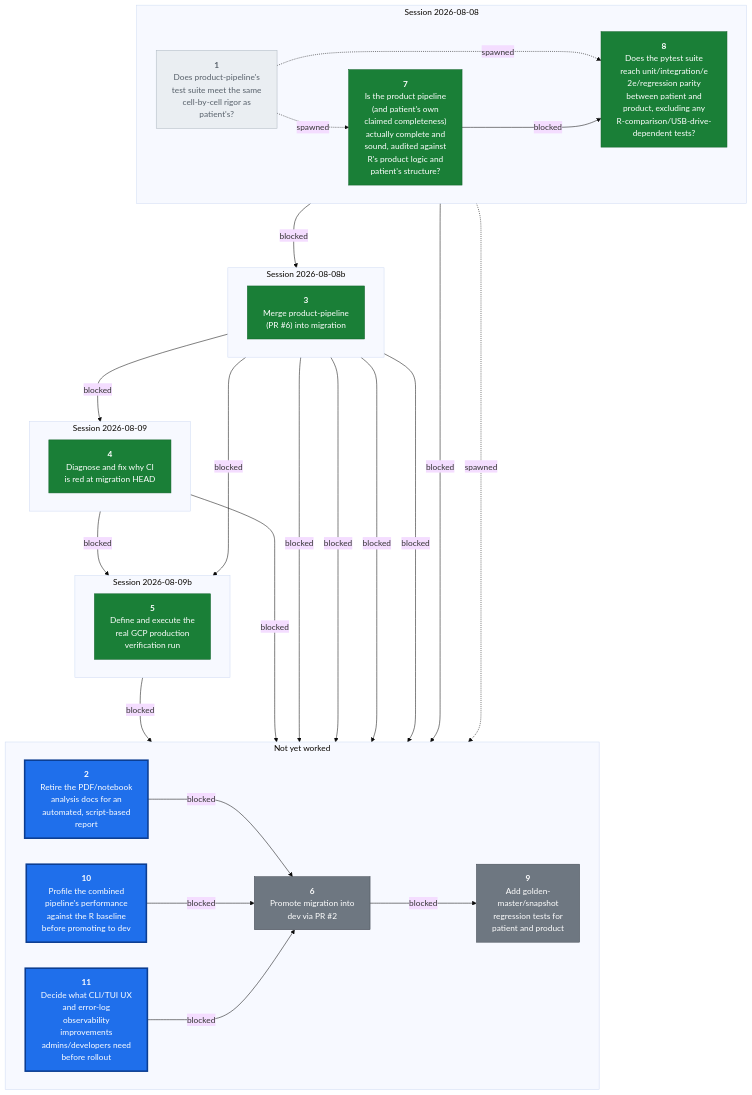
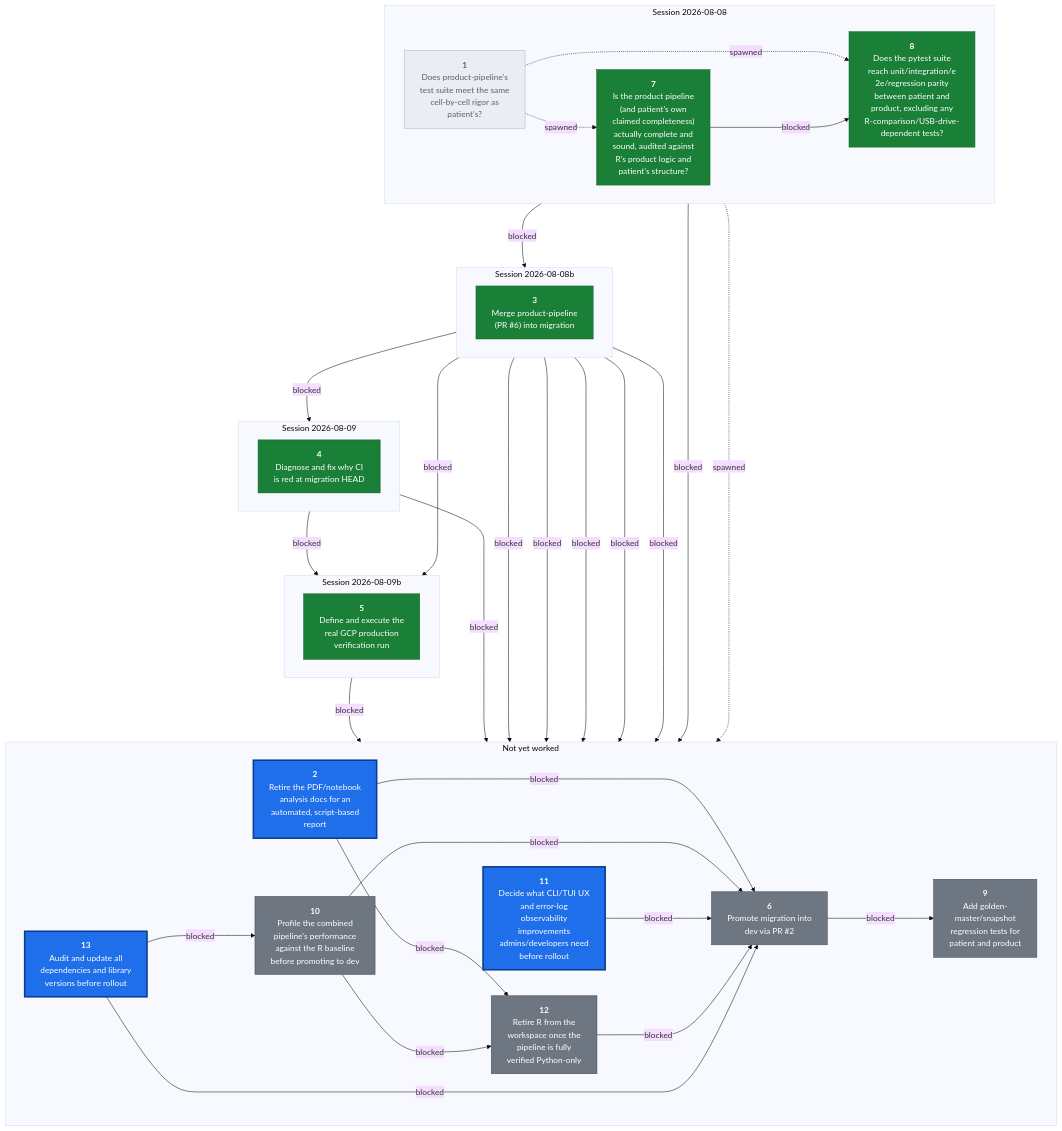
The diagram in docs/wayfinder/route.mmd (CorrelAid/a4d), drawn with Mermaid (base theme) before and after one commit. The commit also changed 8 other files, not shown here.

First line of the commit message:
Add wayfinder tickets 12 and 13: retire R, audit dependencies before rollout

```diff
--- a/docs/wayfinder/route.mmd
+++ b/docs/wayfinder/route.mmd
@@ -1,61 +1,69 @@
 flowchart TB
   subgraph S2026_08_08["Session 2026-08-08"]
     direction LR
     U1["<b>1</b><br/>Does product-pipeline's<br/>test suite meet the same<br/>cell-by-cell rigor as<br/>patient's?"]
     U7["<b>7</b><br/>Is the product pipeline<br/>(and patient's own<br/>claimed completeness)<br/>actually complete and<br/>sound, audited against<br/>R's product logic and<br/>patient's structure?"]
     U8["<b>8</b><br/>Does the pytest suite<br/>reach unit/integration/e<br/>2e/regression parity<br/>between patient and<br/>product, excluding any<br/>R-comparison/USB-drive-<br/>dependent tests?"]
   end
   subgraph S2026_08_08b["Session 2026-08-08b"]
     direction LR
     U3["<b>3</b><br/>Merge product-pipeline<br/>(PR #6) into migration"]
   end
   subgraph S2026_08_09["Session 2026-08-09"]
     direction LR
     U4["<b>4</b><br/>Diagnose and fix why CI<br/>is red at migration HEAD"]
   end
   subgraph S2026_08_09b["Session 2026-08-09b"]
     direction LR
     U5["<b>5</b><br/>Define and execute the<br/>real GCP production<br/>verification run"]
   end
   subgraph Sopen["Not yet worked"]
     direction LR
     U2["<b>2</b><br/>Retire the PDF/notebook<br/>analysis docs for an<br/>automated, script-based<br/>report"]
     U6["<b>6</b><br/>Promote migration into<br/>dev via PR #2"]
     U9["<b>9</b><br/>Add golden-<br/>master/snapshot<br/>regression tests for<br/>patient and product"]
     U10["<b>10</b><br/>Profile the combined<br/>pipeline's performance<br/>against the R baseline<br/>before promoting to dev"]
     U11["<b>11</b><br/>Decide what CLI/TUI UX<br/>and error-log<br/>observability<br/>improvements<br/>admins/developers need<br/>before rollout"]
+    U12["<b>12</b><br/>Retire R from the<br/>workspace once the<br/>pipeline is fully<br/>verified Python-only"]
+    U13["<b>13</b><br/>Audit and update all<br/>dependencies and library<br/>versions before rollout"]
   end
 
   S2026_08_08 ~~~ S2026_08_08b
   S2026_08_08b ~~~ S2026_08_09
   S2026_08_09 ~~~ S2026_08_09b
   S2026_08_09b ~~~ Sopen
 
   U3 --->|blocked| U2
   U8 --->|blocked| U3
   U3 --->|blocked| U4
   U3 --->|blocked| U5
   U4 --->|blocked| U5
   U8 --->|blocked| U6
   U2 --->|blocked| U6
   U3 --->|blocked| U6
   U4 --->|blocked| U6
   U5 --->|blocked| U6
   U10 --->|blocked| U6
   U11 --->|blocked| U6
+  U12 --->|blocked| U6
+  U13 --->|blocked| U6
   U1 -.->|spawned| U7
   U1 -.->|spawned| U8
   U7 --->|blocked| U8
   U8 -.->|spawned| U9
   U6 --->|blocked| U9
   U3 --->|blocked| U10
+  U13 --->|blocked| U10
   U3 --->|blocked| U11
+  U2 --->|blocked| U12
+  U10 --->|blocked| U12
+  U3 --->|blocked| U13
 
   classDef tfrontier fill:#1f6feb,stroke:#0b3d91,stroke-width:3px,color:#ffffff
-  class U2,U10,U11 tfrontier
+  class U2,U11,U13 tfrontier
   classDef tblocked fill:#6e7781,stroke:#424a53,stroke-width:1px,color:#ffffff
-  class U6,U9 tblocked
+  class U6,U9,U10,U12 tblocked
   classDef tdecided fill:#1a7f37,stroke:#116329,stroke-width:1px,color:#ffffff
   class U3,U4,U5,U7,U8 tdecided
   classDef tdropped fill:#eaeef2,stroke:#afb8c1,stroke-width:1px,color:#57606a
   class U1 tdropped
```
